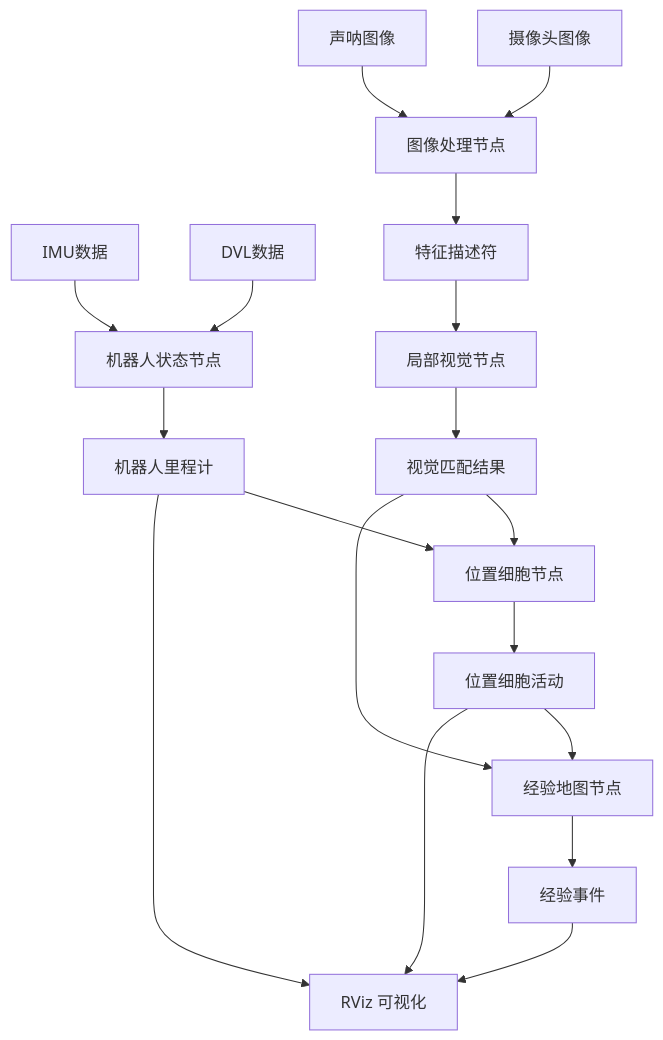
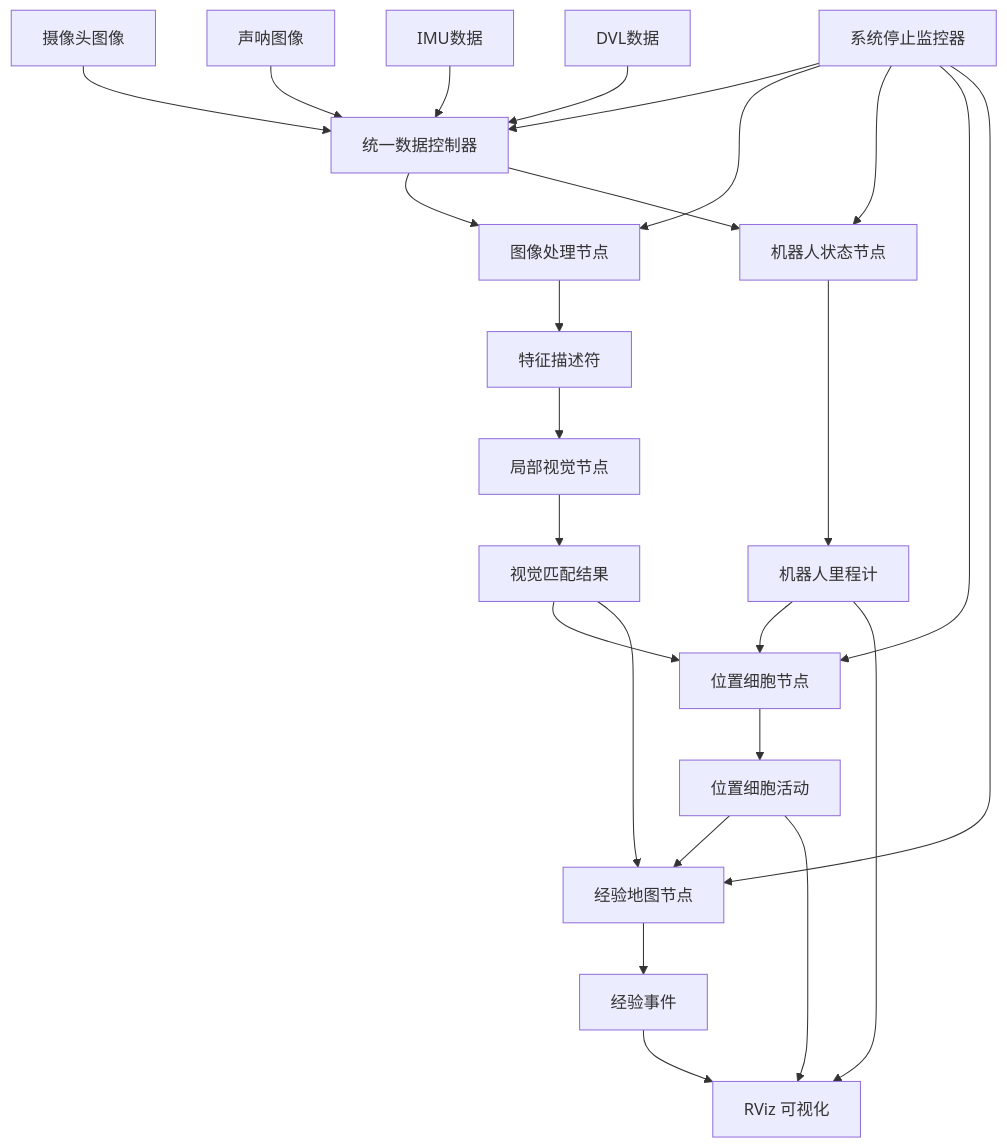
One commit to sunshiyu1989/dolphin_slam_gazebo changed the diagram in README.md. Above: the diagram before and after it, drawn with Mermaid. The commit also changed other lines of this file, not shown here.

````diff
--- a/README.md
+++ b/README.md
@@ -162,24 +165,33 @@
 ```mermaid
 graph TB
-    A[摄像头图像] --> B[图像处理节点]
-    C[声呐图像] --> B
-    D[IMU数据] --> E[机器人状态节点]
-    F[DVL数据] --> E
+    A[摄像头图像] --> UDC[统一数据控制器]
+    C[声呐图像] --> UDC
+    D[IMU数据] --> UDC
+    F[DVL数据] --> UDC
+    
+    UDC --> B[图像处理节点]
+    UDC --> E[机器人状态节点]
     
     B --> G[特征描述符]
     G --> H[局部视觉节点]
     H --> I[视觉匹配结果]
     
     E --> J[机器人里程计]
     J --> K[位置细胞节点]
     I --> K
     
     K --> L[位置细胞活动]
     L --> M[经验地图节点]
     I --> M
     
     M --> N[经验事件]
     N --> O[RViz 可视化]
     L --> O
     J --> O
+    
+    SSM[系统停止监控器] --> UDC
+    SSM --> B
+    SSM --> E
+    SSM --> K
+    SSM --> M
 ```
````
